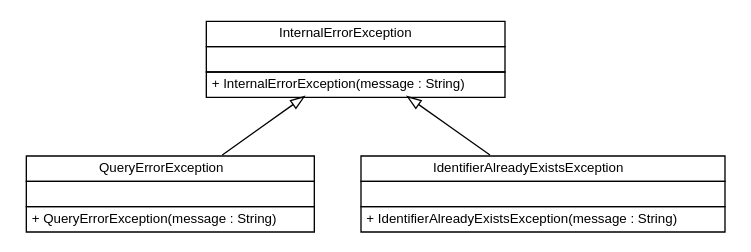
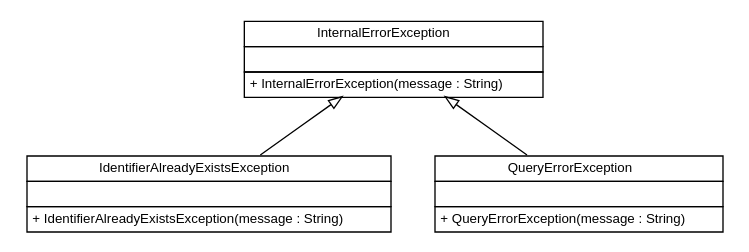
Before and after one commit to adrianorzyszek/r43ples: the diagram in site/apidocs/de/tud/plt/r43ples/exception/de.tud.plt.r43ples.exception.dot, drawn with Graphviz. The commit also changed 315 other files, not shown here.

```diff
--- a/site/apidocs/de/tud/plt/r43ples/exception/de.tud.plt.r43ples.exception.dot
+++ b/site/apidocs/de/tud/plt/r43ples/exception/de.tud.plt.r43ples.exception.dot
@@ -1,52 +1,52 @@
 #!/usr/local/bin/dot
 #
 # Class diagram 
 # Generated by UMLGraph version R5_6-24-gf6e263 (http://www.umlgraph.org/)
 #
 
 digraph G {
 	edge [fontname="Helvetica",fontsize=10,labelfontname="Helvetica",labelfontsize=10];
 	node [fontname="Helvetica",fontsize=10,shape=plaintext];
 	nodesep=0.25;
 	ranksep=0.5;
+	// de.tud.plt.r43ples.exception.IdentifierAlreadyExistsException
+	c266 [label=<<table title="de.tud.plt.r43ples.exception.IdentifierAlreadyExistsException" border="0" cellborder="1" cellspacing="0" cellpadding="2" port="p" href="./IdentifierAlreadyExistsException.html">
+		<tr><td><table border="0" cellspacing="0" cellpadding="1">
+<tr><td align="center" balign="center"> IdentifierAlreadyExistsException </td></tr>
+		</table></td></tr>
+		<tr><td><table border="0" cellspacing="0" cellpadding="1">
+<tr><td align="left" balign="left">  </td></tr>
+		</table></td></tr>
+		<tr><td><table border="0" cellspacing="0" cellpadding="1">
+<tr><td align="left" balign="left"> + IdentifierAlreadyExistsException(message : String) </td></tr>
+		</table></td></tr>
+		</table>>, URL="./IdentifierAlreadyExistsException.html", fontname="Helvetica", fontcolor="black", fontsize=10.0];
 	// de.tud.plt.r43ples.exception.InternalErrorException
-	c220 [label=<<table title="de.tud.plt.r43ples.exception.InternalErrorException" border="0" cellborder="1" cellspacing="0" cellpadding="2" port="p" href="./InternalErrorException.html">
+	c267 [label=<<table title="de.tud.plt.r43ples.exception.InternalErrorException" border="0" cellborder="1" cellspacing="0" cellpadding="2" port="p" href="./InternalErrorException.html">
 		<tr><td><table border="0" cellspacing="0" cellpadding="1">
 <tr><td align="center" balign="center"> InternalErrorException </td></tr>
 		</table></td></tr>
 		<tr><td><table border="0" cellspacing="0" cellpadding="1">
 <tr><td align="left" balign="left">  </td></tr>
 		</table></td></tr>
 		<tr><td><table border="0" cellspacing="0" cellpadding="1">
 <tr><td align="left" balign="left"> + InternalErrorException(message : String) </td></tr>
 		</table></td></tr>
 		</table>>, URL="./InternalErrorException.html", fontname="Helvetica", fontcolor="black", fontsize=10.0];
 	// de.tud.plt.r43ples.exception.QueryErrorException
-	c221 [label=<<table title="de.tud.plt.r43ples.exception.QueryErrorException" border="0" cellborder="1" cellspacing="0" cellpadding="2" port="p" href="./QueryErrorException.html">
+	c268 [label=<<table title="de.tud.plt.r43ples.exception.QueryErrorException" border="0" cellborder="1" cellspacing="0" cellpadding="2" port="p" href="./QueryErrorException.html">
 		<tr><td><table border="0" cellspacing="0" cellpadding="1">
 <tr><td align="center" balign="center"> QueryErrorException </td></tr>
 		</table></td></tr>
 		<tr><td><table border="0" cellspacing="0" cellpadding="1">
 <tr><td align="left" balign="left">  </td></tr>
 		</table></td></tr>
 		<tr><td><table border="0" cellspacing="0" cellpadding="1">
 <tr><td align="left" balign="left"> + QueryErrorException(message : String) </td></tr>
 		</table></td></tr>
 		</table>>, URL="./QueryErrorException.html", fontname="Helvetica", fontcolor="black", fontsize=10.0];
-	// de.tud.plt.r43ples.exception.IdentifierAlreadyExistsException
-	c222 [label=<<table title="de.tud.plt.r43ples.exception.IdentifierAlreadyExistsException" border="0" cellborder="1" cellspacing="0" cellpadding="2" port="p" href="./IdentifierAlreadyExistsException.html">
-		<tr><td><table border="0" cellspacing="0" cellpadding="1">
-<tr><td align="center" balign="center"> IdentifierAlreadyExistsException </td></tr>
-		</table></td></tr>
-		<tr><td><table border="0" cellspacing="0" cellpadding="1">
-<tr><td align="left" balign="left">  </td></tr>
-		</table></td></tr>
-		<tr><td><table border="0" cellspacing="0" cellpadding="1">
-<tr><td align="left" balign="left"> + IdentifierAlreadyExistsException(message : String) </td></tr>
-		</table></td></tr>
-		</table>>, URL="./IdentifierAlreadyExistsException.html", fontname="Helvetica", fontcolor="black", fontsize=10.0];
+	//de.tud.plt.r43ples.exception.IdentifierAlreadyExistsException extends de.tud.plt.r43ples.exception.InternalErrorException
+	c267:p -> c266:p [dir=back,arrowtail=empty];
 	//de.tud.plt.r43ples.exception.QueryErrorException extends de.tud.plt.r43ples.exception.InternalErrorException
-	c220:p -> c221:p [dir=back,arrowtail=empty];
-	//de.tud.plt.r43ples.exception.IdentifierAlreadyExistsException extends de.tud.plt.r43ples.exception.InternalErrorException
-	c220:p -> c222:p [dir=back,arrowtail=empty];
+	c267:p -> c268:p [dir=back,arrowtail=empty];
 }
```
